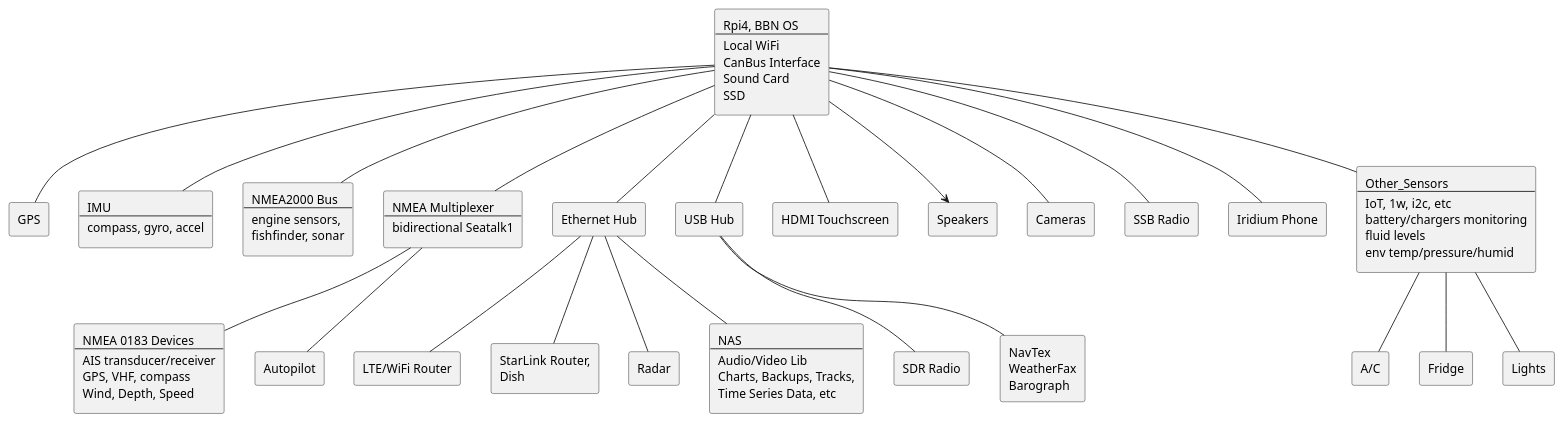
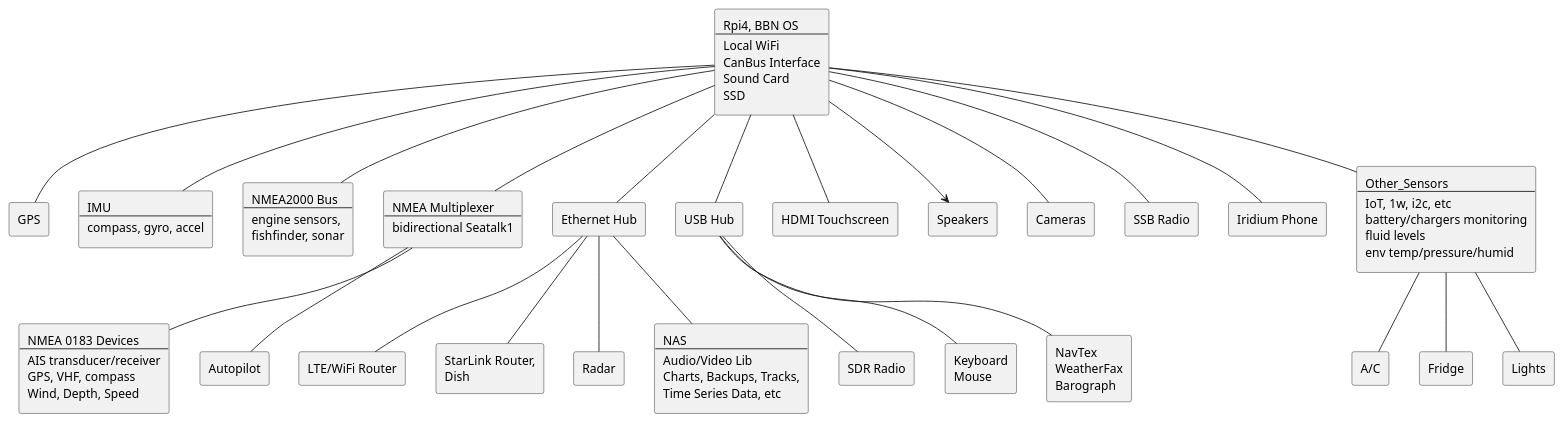
One commit to bareboat-necessities/my-bareboat changed the diagram in docs/plantuml/system-arch.puml. Above: the diagram before and after it, drawn with PlantUML.

```diff
--- a/docs/plantuml/system-arch.puml
+++ b/docs/plantuml/system-arch.puml
@@ -1,155 +1,161 @@
 @startuml
 
 rectangle RPI [
  Rpi4, BBN OS
  ----
  Local WiFi
  CanBus Interface
  Sound Card
  SSD
 ]
 
 rectangle GPS [
  GPS
 ]
 
 rectangle IMU [
  IMU
  ----
  compass, gyro, accel
 ]
 
 rectangle NMEA_2000 [
  NMEA2000 Bus
  ----
  engine sensors,
  fishfinder, sonar
 ]
 
 rectangle NMEA_Mux [
  NMEA Multiplexer
  ----
  bidirectional Seatalk1
 ]
 
 rectangle NMEA_0183 [
  NMEA 0183 Devices
  ----
  AIS transducer/receiver
  GPS, VHF, compass
  Wind, Depth, Speed
 ]
 
 rectangle AP [
  Autopilot
 ]
 
 rectangle Eth_Hub [
  Ethernet Hub
 ]
 
 rectangle USB_Hub [
  USB Hub
 ]
 
 rectangle Router [
  LTE/WiFi Router
 ]
 
 rectangle Dish_Router [
  StarLink Router,
  Dish
 ]
 
 rectangle Radar [
  Radar
 ]
 
 rectangle Touchscreen [
  HDMI Touchscreen
 ]
 
 rectangle Speakers [
  Speakers
 ]
 
 rectangle Cameras [
  Cameras
 ]
 
 rectangle SDR [
  SDR Radio
 ]
 
 rectangle SSB [
  SSB Radio
 ]
 
 rectangle Iridium [
  Iridium Phone
 ]
 
 rectangle Other_Sensors [
  Other_Sensors
  ----
  IoT, 1w, i2c, etc
  battery/chargers monitoring
  fluid levels
  env temp/pressure/humid
 ]
 
 rectangle AC [
  A/C
 ]
 
 rectangle Fridge [
  Fridge
 ]
 
 rectangle Lights [
  Lights
 ]
 
+rectangle Keyboard_Mouse [
+ Keyboard
+ Mouse
+]
+
 rectangle Weather [
  NavTex
  WeatherFax
  Barograph
 ]
 
 rectangle NAS [
  NAS
  ----
  Audio/Video Lib
  Charts, Backups, Tracks,
  Time Series Data, etc
 ]
 
 RPI -- GPS
 RPI -- IMU
 RPI -- NMEA_2000
 RPI -- NMEA_Mux
 RPI -- Eth_Hub
 RPI -- USB_Hub
 RPI -- Touchscreen
 RPI -- Cameras
 RPI --> Speakers
 RPI -- SSB
 RPI -- Iridium
 RPI -- Other_Sensors
 
 Eth_Hub -- Router
 Eth_Hub -- Radar
 Eth_Hub -- NAS
 Eth_Hub -- Dish_Router
 
 USB_Hub -- SDR
 USB_Hub -- Weather
+USB_Hub -- Keyboard_Mouse
 
 Other_Sensors -- AC
 Other_Sensors -- Fridge
 Other_Sensors -- Lights
 
 NMEA_Mux -- NMEA_0183
 NMEA_Mux -- AP
 
 @enduml
```
